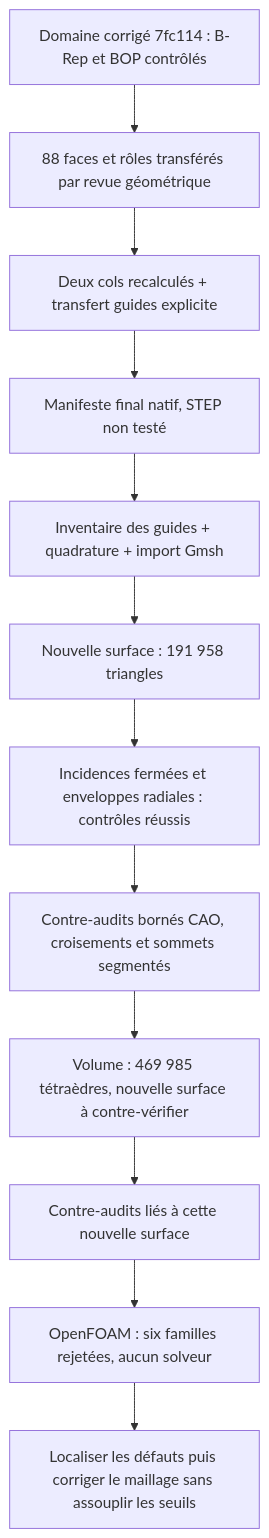
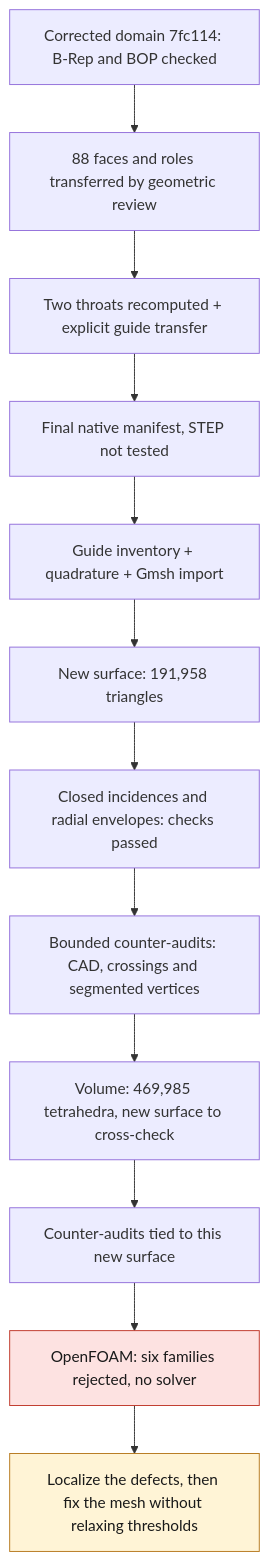
Before and after one commit to cluster2600/porscheparts: the diagram in docs/reports/M64_REMAILLAGE_NATIF_20260908.md, drawn with Mermaid. The commit also changed other lines of this file and 228 other files, not shown here.

````diff
--- a/docs/reports/M64_REMAILLAGE_NATIF_20260908.md
+++ b/docs/reports/M64_REMAILLAGE_NATIF_20260908.md
@@ -104,14 +101,18 @@
 ```mermaid
 flowchart TD
-    A["Domaine corrigé 7fc114 : B-Rep et BOP contrôlés"] --> B["88 faces et rôles transférés par revue géométrique"]
-    B --> C["Deux cols recalculés + transfert guides explicite"]
-    C --> D["Manifeste final natif, STEP non testé"]
-    D --> E["Inventaire des guides + quadrature + import Gmsh"]
-    E --> F["Nouvelle surface : 191 958 triangles"]
-    F --> G["Incidences fermées et enveloppes radiales : contrôles réussis"]
-    G --> H["Contre-audits bornés CAO, croisements et sommets segmentés"]
-    H --> I["Volume : 469 985 tétraèdres, nouvelle surface à contre-vérifier"]
-    I --> J["Contre-audits liés à cette nouvelle surface"]
-    J --> K["OpenFOAM : six familles rejetées, aucun solveur"]
-    K --> L["Localiser les défauts puis corriger le maillage sans assouplir les seuils"]
+    A["Corrected domain 7fc114: B-Rep and BOP checked"] --> B["88 faces and roles transferred by geometric review"]
+    B --> C["Two throats recomputed + explicit guide transfer"]
+    C --> D["Final native manifest, STEP not tested"]
+    D --> E["Guide inventory + quadrature + Gmsh import"]
+    E --> F["New surface: 191,958 triangles"]
+    F --> G["Closed incidences and radial envelopes: checks passed"]
+    G --> H["Bounded counter-audits: CAD, crossings and segmented vertices"]
+    H --> I["Volume: 469,985 tetrahedra, new surface to cross-check"]
+    I --> J["Counter-audits tied to this new surface"]
+    J --> K["OpenFOAM: six families rejected, no solver"]
+    K --> L["Localize the defects, then fix the mesh without relaxing thresholds"]
+    classDef stop fill:#fde2e1,stroke:#c0392b,color:#1a1a1a;
+    classDef open fill:#fff4d6,stroke:#b7791f,color:#1a1a1a;
+    class K stop;
+    class L open;
 ```
````
